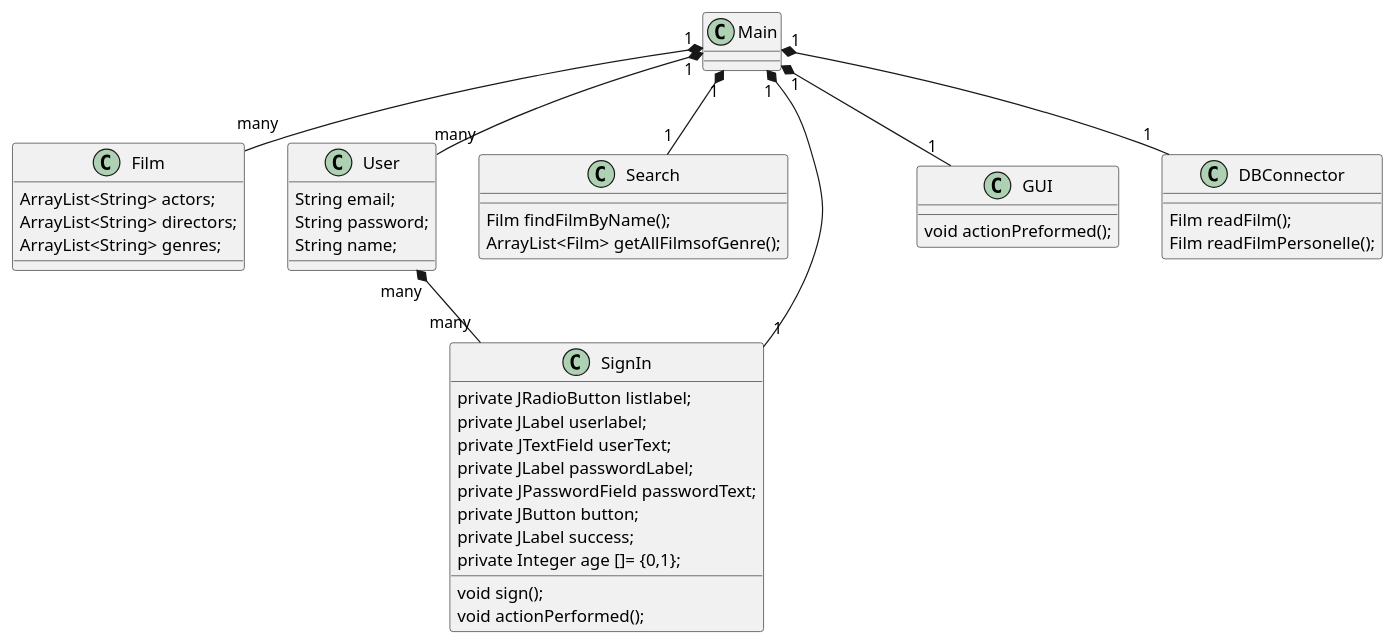
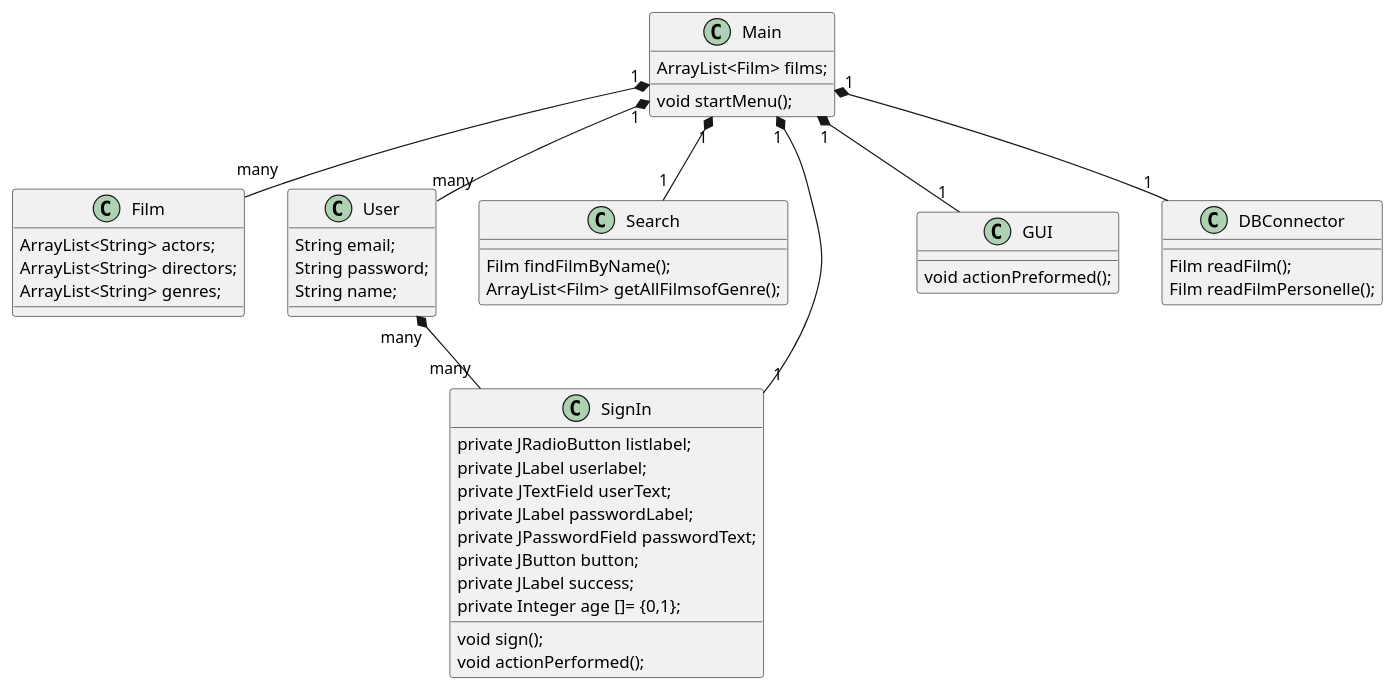
One commit to Inga-Helgadottir/SP5-J.A.I.R changed the diagram in planningSP5/classDiagram.wsd. Above: the diagram before and after it, drawn with PlantUML. The commit also changed 1 other file, not shown here.

```diff
--- a/planningSP5/classDiagram.wsd
+++ b/planningSP5/classDiagram.wsd
@@ -1,56 +1,56 @@
 @startuml SP5
 
 class Main{
-    
+    ArrayList<Film> films;
+    void startMenu();
 }
 
 class Film{
     ArrayList<String> actors;
     ArrayList<String> directors;
     ArrayList<String> genres;
 }
 
 class User{
     String email;
     String password;
     String name;
 }
 
 class Search{
     Film findFilmByName();
     ArrayList<Film> getAllFilmsofGenre();
 }
 
 class SignIn{
     private JRadioButton listlabel;
     private JLabel userlabel;
     private JTextField userText;
     private JLabel passwordLabel;
     private JPasswordField passwordText;
     private JButton button;
     private JLabel success;
     private Integer age []= {0,1};
     void sign();
     void actionPerformed();
 }
 
 class GUI{
     void actionPreformed();
-
 }
 
 class DBConnector{
     Film readFilm();
     Film readFilmPersonelle();
 }
 
 
 Main "1" *-- "1" SignIn
 Main "1" *-- "1" DBConnector
 Main "1" *-- "1" Search
 Main "1" *-- "many" User
 Main "1" *-- "1" GUI
 Main "1" *-- "many" Film
 User "many" *-- "many" SignIn
 
 @enduml
```
